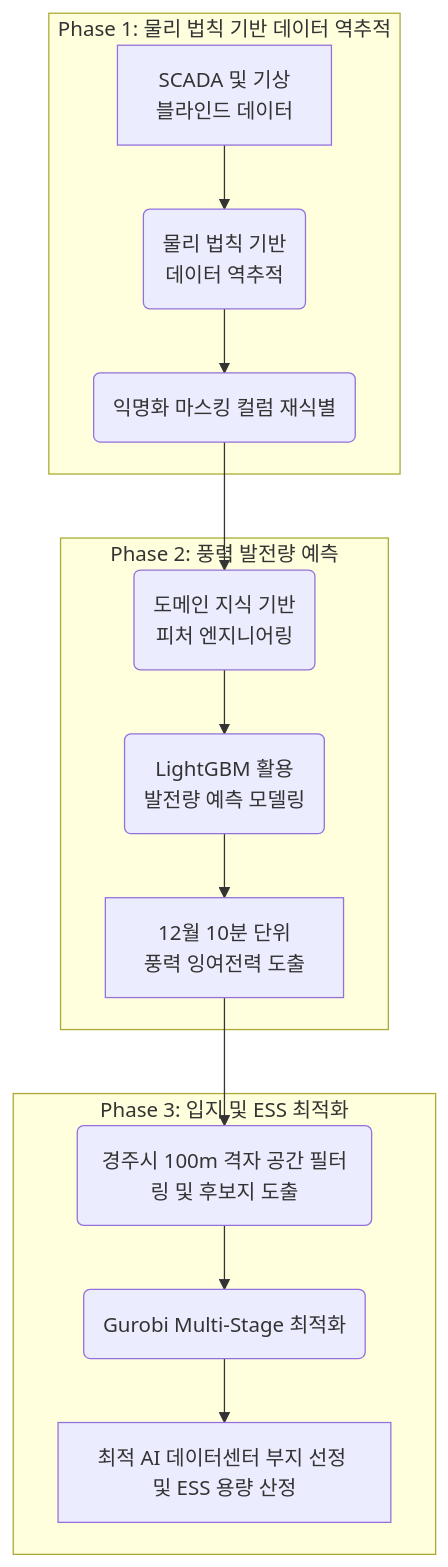
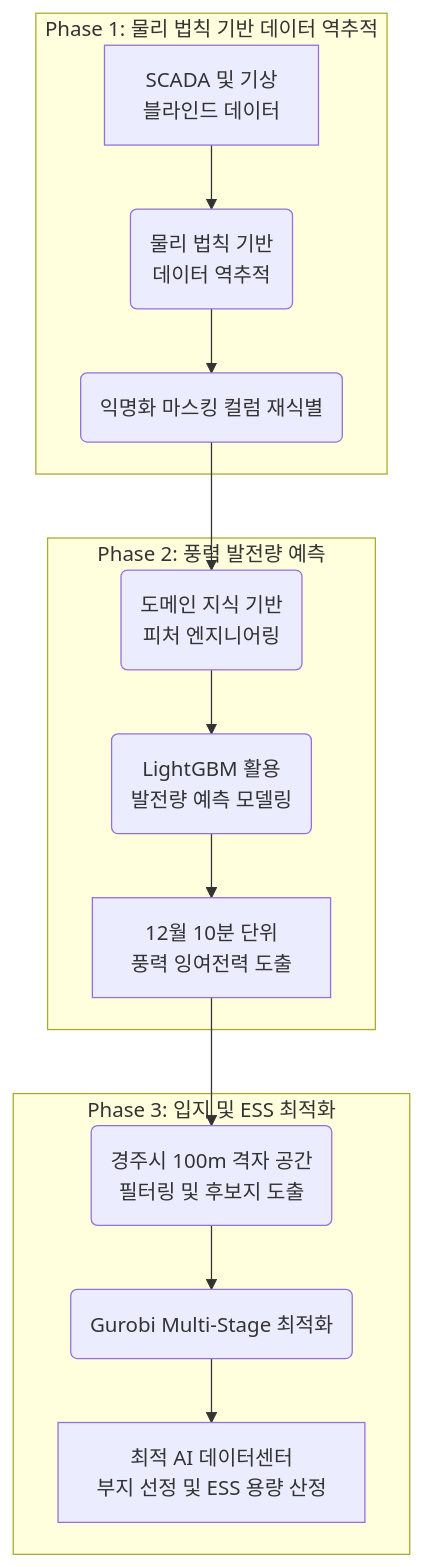
Before and after one commit to ParkMinhyoung/FIELD-CAMP-1st-Place: the diagram in README.md, drawn with Mermaid.

````diff
--- a/README.md
+++ b/README.md
@@ -83,19 +83,19 @@
 ```mermaid
 flowchart TD
     subgraph Phase 1 [Phase 1: 물리 법칙 기반 데이터 역추적]
         A["SCADA 및 기상<br>블라인드 데이터"] --> B("물리 법칙 기반<br>데이터 역추적")
         B --> C(익명화 마스킹 컬럼 재식별)
     end
 
     subgraph Phase 2 [Phase 2: 풍력 발전량 예측]
         C --> D("도메인 지식 기반<br>피처 엔지니어링")
         D --> E("LightGBM 활용<br>발전량 예측 모델링")
         E --> F["12월 10분 단위<br>풍력 잉여전력 도출"]
     end
 
     subgraph Phase 3 [Phase 3: 입지 및 ESS 최적화]
-        F --> G(경주시 100m 격자 공간 필터링 및 후보지 도출)
+        F --> G("경주시 100m 격자 공간<br>필터링 및 후보지 도출")
         G --> H(Gurobi Multi-Stage 최적화)
-        H --> I[최적 AI 데이터센터 부지 선정 및 ESS 용량 산정]
+        H --> I["최적 AI 데이터센터<br>부지 선정 및 ESS 용량 산정"]
     end
 ```
````
